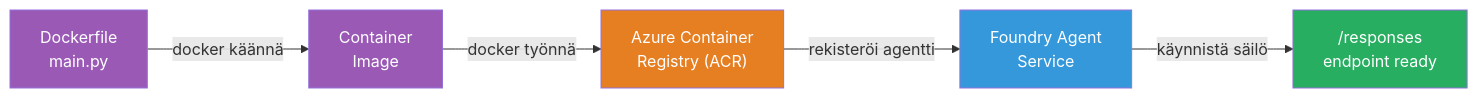
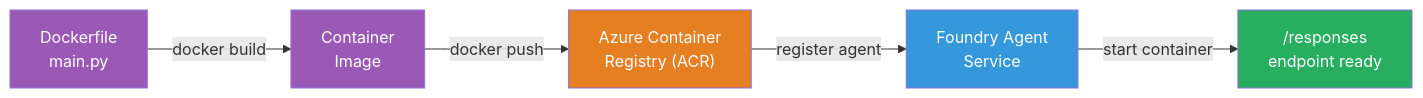
One commit to microsoft-foundry/Foundry_Toolkit_for_VSCode_Lab changed the diagram in translations/fi/workshop/lab01-single-agent/docs/05-deploy-to-foundry.md. Above: the diagram before and after it, drawn with Mermaid. The commit also changed other lines of this file and 83 other files, not shown here.

````diff
--- a/translations/fi/workshop/lab01-single-agent/docs/05-deploy-to-foundry.md
+++ b/translations/fi/workshop/lab01-single-agent/docs/05-deploy-to-foundry.md
@@ -11,18 +11,18 @@
 ```mermaid
 flowchart LR
     A["Dockerfile
-    main.py"] -->|docker käännä| B["Container
+    main.py"] -->|docker build| B["Container
     Image"]
-    B -->|docker työnnä| C["Azure Container
+    B -->|docker push| C["Azure Container
     Registry (ACR)"]
-    C -->|rekisteröi agentti| D["Foundry Agent
+    C -->|register agent| D["Foundry Agent
     Service"]
-    D -->|käynnistä säilö| E["/responses
+    D -->|start container| E["/responses
     endpoint ready"]
 
     style A fill:#9B59B6,color:#fff
     style B fill:#9B59B6,color:#fff
     style C fill:#E67E22,color:#fff
     style D fill:#3498DB,color:#fff
     style E fill:#27AE60,color:#fff
 ```
````
